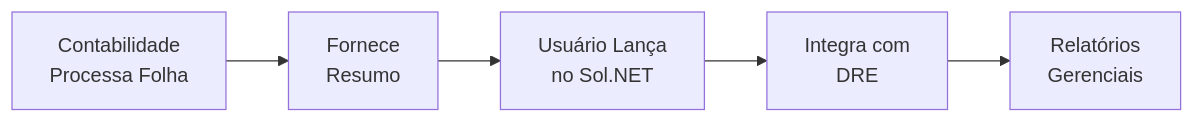
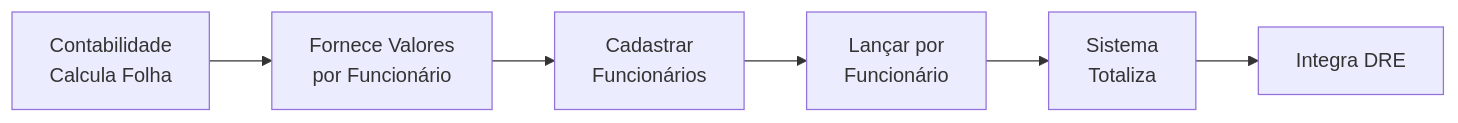
Before and after one commit to hetosoft/documentacao-solnet: the diagram in RH/README.md, drawn with Mermaid. The commit also changed other lines of this file and 3 other files, not shown here.

````diff
--- a/RH/README.md
+++ b/RH/README.md
@@ -61,7 +72,8 @@
 ```mermaid
 graph LR
-    A[Contabilidade<br/>Processa Folha] --> B[Fornece<br/>Resumo]
-    B --> C[Usuário Lança<br/>no Sol.NET]
-    C --> D[Integra com<br/>DRE]
-    D --> E[Relatórios<br/>Gerenciais]
+    A[Contabilidade<br/>Calcula Folha] --> B[Fornece Valores<br/>por Funcionário]
+    B --> C[Cadastrar<br/>Funcionários]
+    C --> D[Lançar por<br/>Funcionário]
+    D --> E[Sistema<br/>Totaliza]
+    E --> F[Integra DRE]
 ```
````
